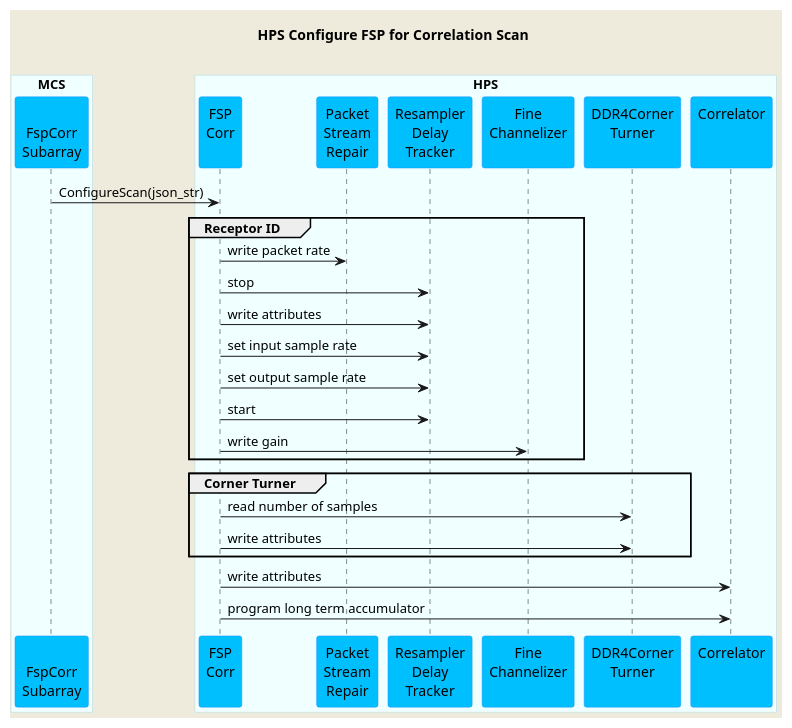
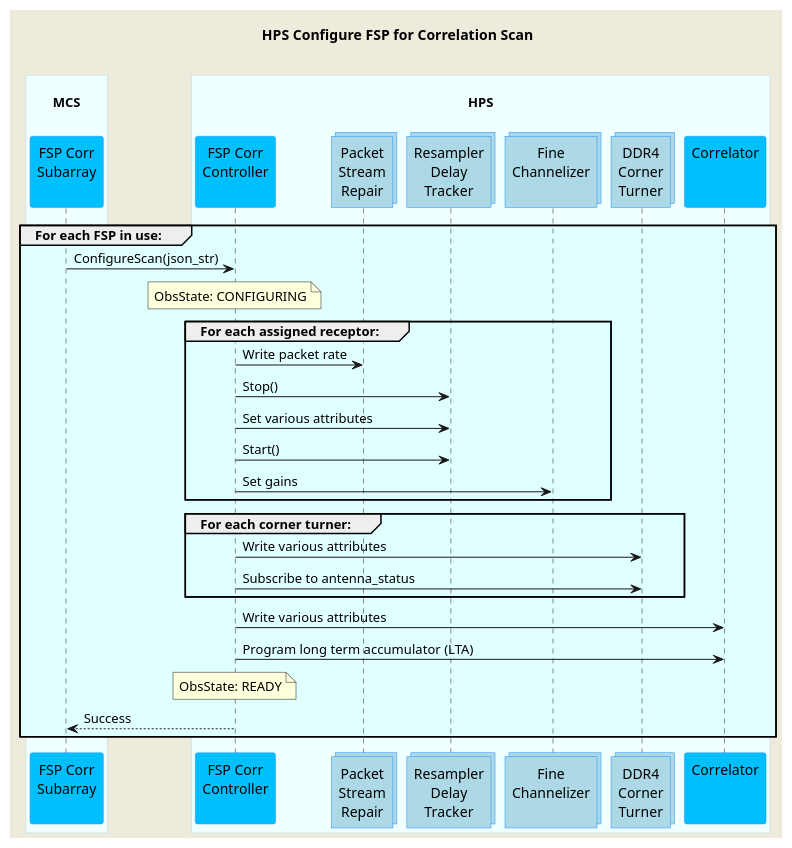
Before and after one commit to ska-telescope/mid-cbf-mcs: the diagram in docs/src/diagrams/configure-scan-hps-fsp.puml, drawn with PlantUML. The commit also changed 19 other files, not shown here.

```diff
--- a/docs/src/diagrams/configure-scan-hps-fsp.puml
+++ b/docs/src/diagrams/configure-scan-hps-fsp.puml
@@ -1,49 +1,55 @@
 @startuml
 'https://plantuml.com/sequence-diagram
 
 skinparam backgroundColor #EEEBDC
 skinparam sequence {
-ParticipantBorderColor DodgerBlue
-ParticipantBackgroundColor DeepSkyBlue
-ActorBorderColor DarkGreen
-ActorBackgroundColor Green
-BoxBorderColor LightBlue
-BoxBackgroundColor #F0FFFF
+    ParticipantBorderColor DodgerBlue
+    ParticipantBackgroundColor DeepSkyBlue
+    ActorBorderColor DarkGreen
+    ActorBackgroundColor Green
+    BoxBorderColor LightBlue
+    BoxBackgroundColor #F0FFFF
+}
+skinparam collections {
+    BackGroundColor LightBlue
+    BorderColor DodgerBlue
 }
 
 title HPS Configure FSP for Correlation Scan\n
 
-box "MCS"
-participant "\nFspCorr\nSubarray" as fspcorr
+box "\nMCS\n"
+    participant "FSP Corr\nSubarray\n" as fspcorr
+end box
+box "\nHPS\n"
+    participant "FSP Corr\nController\n" as hpsfspcorr
+    collections "Packet\nStream\nRepair" as psr
+    collections "Resampler\nDelay\nTracker" as rdt
+    collections "Fine\nChannelizer\n" as channelizer
+    collections "DDR4\nCorner\nTurner" as dct
+    participant "Correlator\n\n" as correlator
 end box
 
-box "HPS"
-participant "FSP\nCorr\n" as hpsfspcorr
-participant "Packet\nStream\nRepair" as psr
-participant "Resampler\nDelay\nTracker" as rdt
-participant "Fine\nChannelizer\n" as channelizer
-participant "DDR4Corner\nTurner\n" as dct
-participant "Correlator\n\n" as correlator
-end box
+group #LightCyan For each FSP in use:
+    fspcorr     -> hpsfspcorr   : ConfigureScan(json_str)
+    note over hpsfspcorr       : ObsState: CONFIGURING
 
-fspcorr     -> hpsfspcorr   : ConfigureScan(json_str)
+    group #LightCyan For each assigned receptor:
+        hpsfspcorr  -> psr         : Write packet rate
+        hpsfspcorr  -> rdt         : Stop()
+        hpsfspcorr  -> rdt         : Set various attributes
+        hpsfspcorr  -> rdt         : Start()
+        hpsfspcorr  -> channelizer : Set gains
+    end group
 
-group Receptor ID
-hpsfspcorr  -> psr         : write packet rate
-hpsfspcorr  -> rdt         : stop
-hpsfspcorr  -> rdt         : write attributes
-hpsfspcorr  -> rdt         : set input sample rate
-hpsfspcorr  -> rdt         : set output sample rate
-hpsfspcorr  -> rdt         : start
-hpsfspcorr  -> channelizer : write gain
+    group #LightCyan For each corner turner:
+        hpsfspcorr  -> dct  : Write various attributes
+        hpsfspcorr  -> dct  : Subscribe to antenna_status
+    end group
+
+    hpsfspcorr  -> correlator   : Write various attributes
+    hpsfspcorr  -> correlator   : Program long term accumulator (LTA)
+    note over hpsfspcorr        : ObsState: READY
+    hpsfspcorr  --> fspcorr     : Success
 end group
 
-group Corner Turner
-hpsfspcorr -> dct : read number of samples
-hpsfspcorr -> dct : write attributes
-end group
-
-hpsfspcorr -> correlator : write attributes
-hpsfspcorr -> correlator : program long term accumulator
-
 @enduml
```
